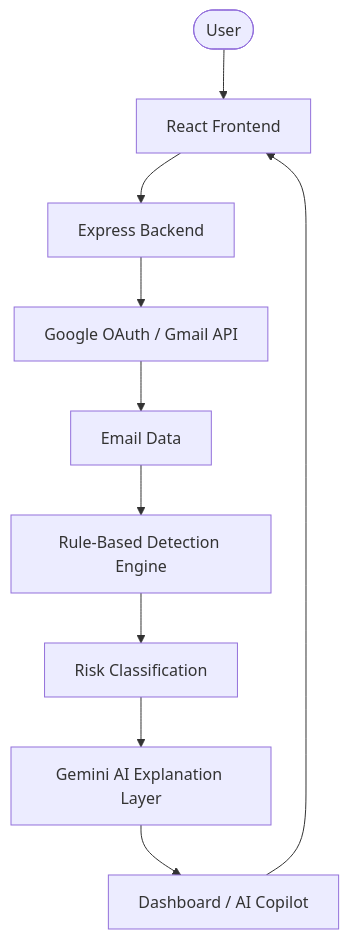
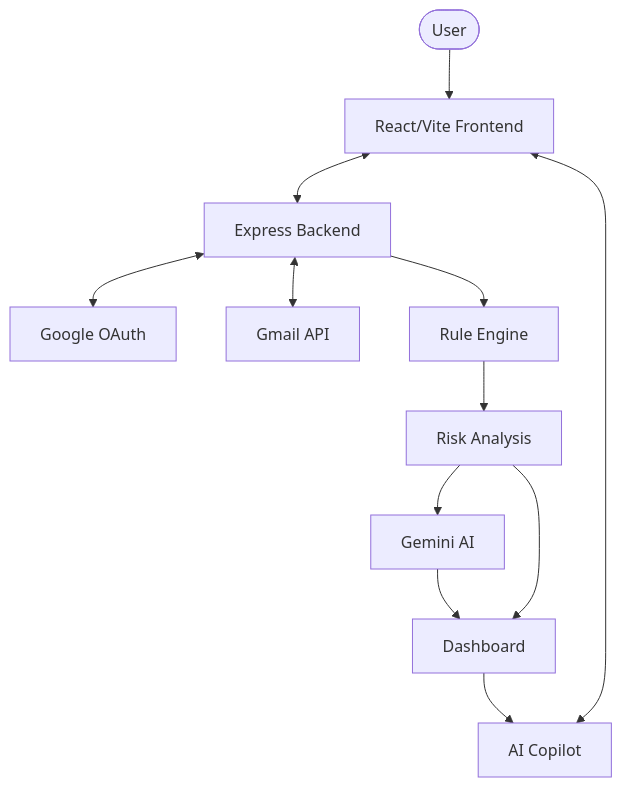
One commit to Uzzu3002/phishguard-ai changed the diagram in README.md. Above: the diagram before and after it, drawn with Mermaid. The commit also changed other lines of this file, not shown here.

````diff
--- a/README.md
+++ b/README.md
@@ -46,17 +70,19 @@
 ```mermaid
 flowchart TD
-    User([User])
-    User --> ReactFrontend[React Frontend]
-    ReactFrontend --> ExpressBackend[Express Backend]
+    A([User]) --> B[React/Vite Frontend]
+    B <--> C[Express Backend]
     
-    ExpressBackend --> GoogleOAuth[Google OAuth / Gmail API]
-    GoogleOAuth --> EmailData[Email Data]
+    C <--> D[Google OAuth]
+    C <--> E[Gmail API]
     
-    EmailData --> RuleBasedEngine[Rule-Based Detection Engine]
-    RuleBasedEngine --> RiskClassification[Risk Classification]
+    C --> F[Rule Engine]
+    F --> G[Risk Analysis]
     
-    RiskClassification --> GeminiAILayer[Gemini AI Explanation Layer]
+    G --> H[Gemini AI]
     
-    GeminiAILayer --> DashboardCopilot[Dashboard / AI Copilot]
-    DashboardCopilot --> ReactFrontend
+    H --> I[Dashboard]
+    G --> I
+    
+    I --> J[AI Copilot]
+    J <--> B
 ```
````
